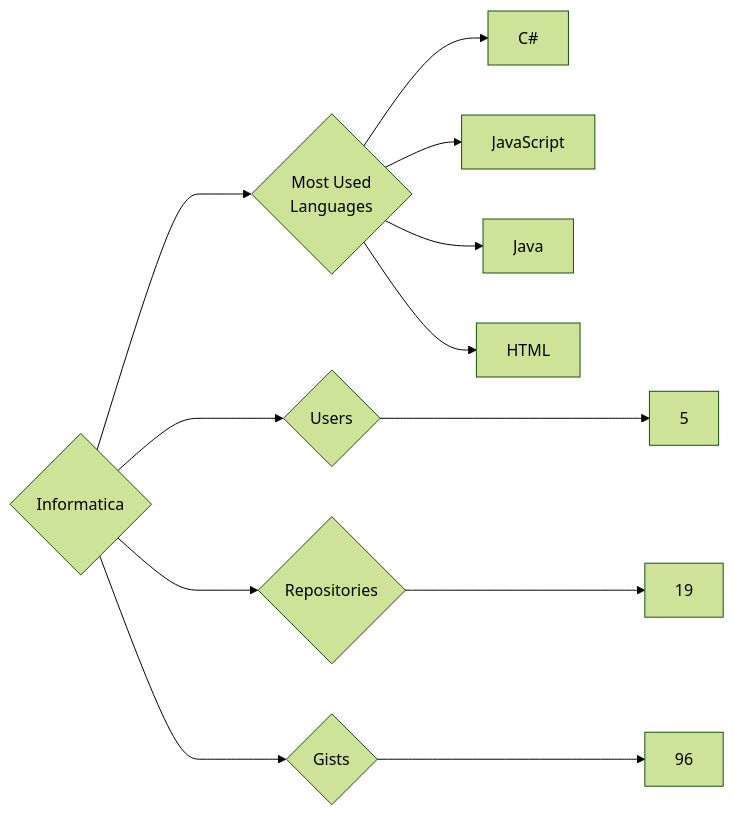
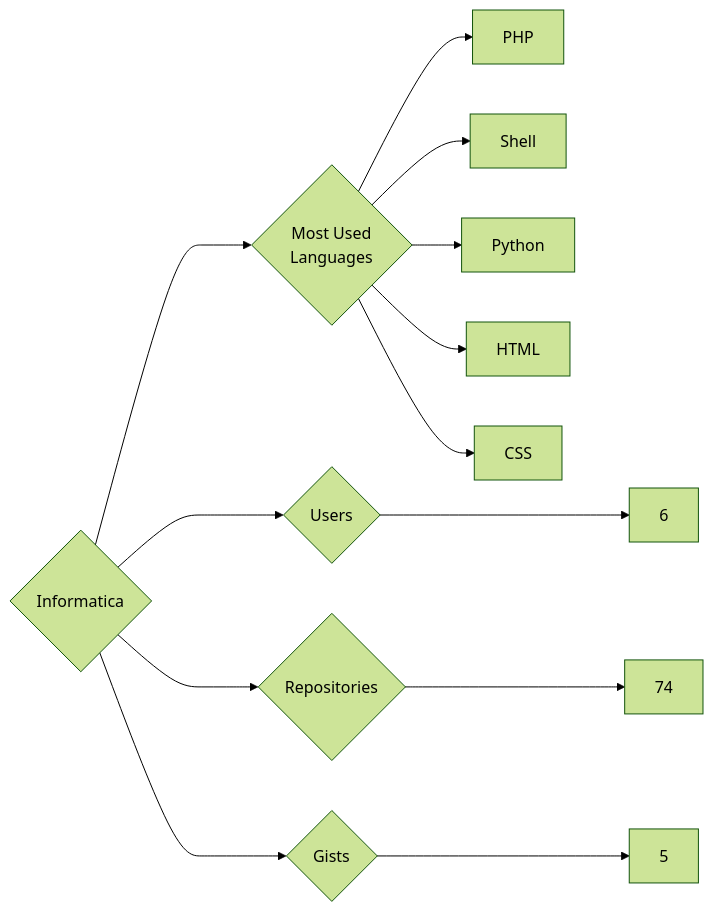
The diagram in targets/Informatica/README.md (trickest/insiders), drawn with Mermaid (forest theme) before and after one commit. The commit also changed 618 other files, not shown here.

````diff
--- a/targets/Informatica/README.md
+++ b/targets/Informatica/README.md
@@ -3,12 +3,13 @@
 ```mermaid
 graph LR
 COMPANY_NAME{Informatica}
-COMPANY_NAME ---> U{Users} ---> UN[5]
-COMPANY_NAME ---> R{Repositories} ---> RN[19]
-COMPANY_NAME ---> G{Gists} ---> GN[96]
+COMPANY_NAME ---> U{Users} ---> UN[6]
+COMPANY_NAME ---> R{Repositories} ---> RN[74]
+COMPANY_NAME ---> G{Gists} ---> GN[5]
 COMPANY_NAME ---> ML{Most Used<br>Languages}
-ML --> C#[C#]
-ML --> JavaScript[JavaScript]
-ML --> Java[Java]
+ML --> PHP[PHP]
+ML --> Shell[Shell]
+ML --> Python[Python]
 ML --> HTML[HTML]
+ML --> CSS[CSS]
 ```
````
